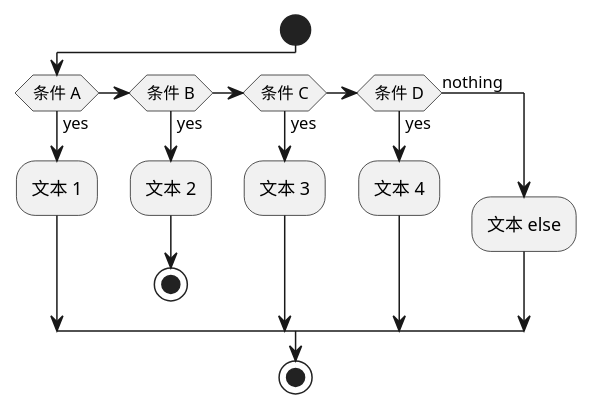
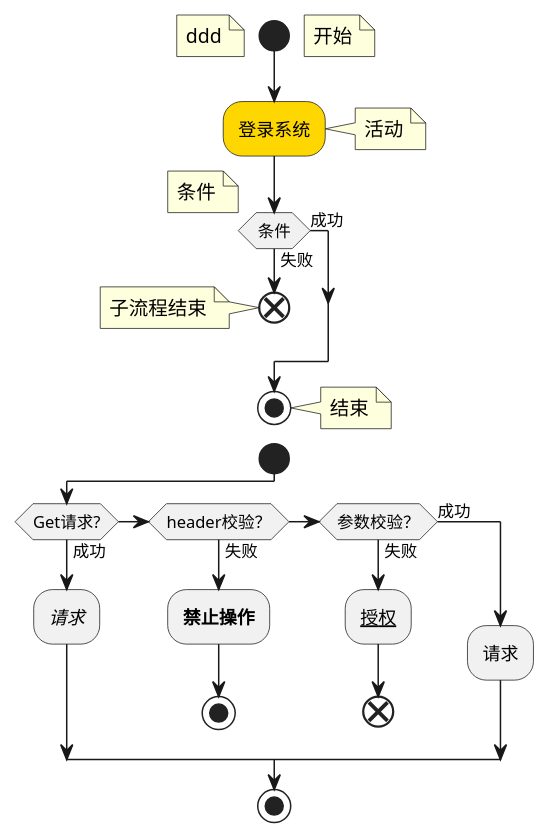
One commit to hollson/pm changed the first of 7 diagrams in PlantUml/D.活动图/ac.puml. Above: the diagram before and after it, drawn with PlantUML. The commit also changed other lines of this file and 3 other files, not shown here.

```diff
--- a/PlantUml/D.活动图/ac.puml
+++ b/PlantUml/D.活动图/ac.puml
@@ -1,16 +1,45 @@
 @startuml
+
 start
-if (条件 A) then (yes)
-  :文本 1;
-elseif (条件 B) then (yes)
-  :文本 2;
-  stop
-elseif (条件 C) then (yes)
-  :文本 3;
-elseif (条件 D) then (yes)
-  :文本 4;
-else (nothing)
-  :文本 else;
+
+floating note
+ddd
+end note
+
+
+
+note right:开始
+#gold:登录系统;
+note right:活动
+if (条件) then (成功)
+note right:条件
+else (失败)
+
+end
+note left:子流程结束
+endif
+
+
+
+stop
+note right:结束
+
+
+
+
+
+start
+if (Get请求?) then (成功)
+      ://请求//;
+    elseif (header校验？) then (失败)
+      :**禁止操作**;
+      stop
+    elseif (参数校验？) then (失败)
+      :__授权__;
+
+      end
+    else (成功)
+      :请求;
 endif
 stop
 @enduml
```
